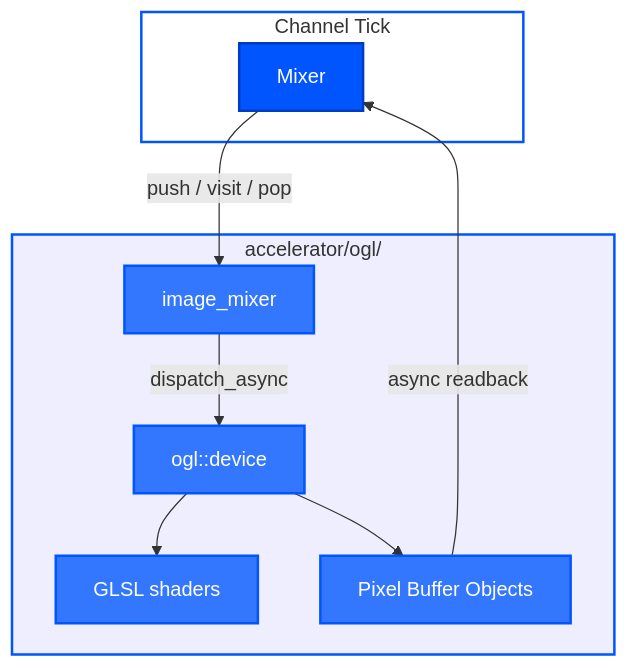
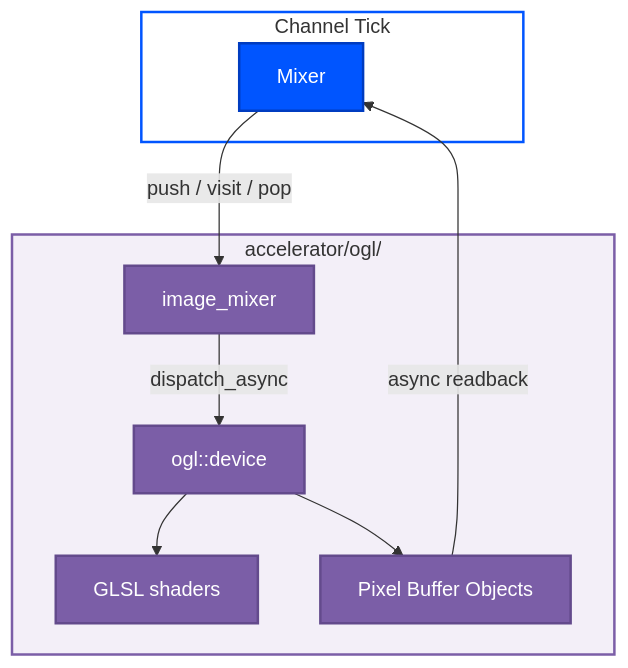
The sixth of 10 diagrams in docs/architecture.md (den-frie-vilje/casparCG), drawn with Mermaid before and after one commit. The commit also changed other lines of this file, not shown here.

Commit message:
docs: use violet for GPU/accelerator nodes

````diff
--- a/docs/architecture.md
+++ b/docs/architecture.md
@@ -367,27 +367,27 @@
 ```mermaid
 flowchart TB
     classDef coreNode fill:#0055FF,color:#FFF,stroke:#003CC0,stroke-width:2px
-    classDef gpuNode fill:#3377FF,color:#FFF,stroke:#0055FF,stroke-width:2px
+    classDef gpuNode fill:#7B5EA7,color:#FFF,stroke:#634A8C,stroke-width:2px
     classDef sgCore stroke:#0055FF,fill:#FFF,stroke-width:2px
-    classDef sgGpu stroke:#0055FF,fill:#EEF,stroke-width:2px
+    classDef sgGpu stroke:#7B5EA7,fill:#F3EFF8,stroke-width:2px
 
     subgraph Channel["Channel Tick"]
         MIX[Mixer]:::coreNode
     end
 
     subgraph Accelerator["accelerator/ogl/"]
         IM[image_mixer]:::gpuNode
         DEV[ogl::device]:::gpuNode
         SHADER[GLSL shaders]:::gpuNode
         PBO[Pixel Buffer Objects]:::gpuNode
     end
 
     MIX -->|"push / visit / pop"| IM
     IM -->|dispatch_async| DEV
     DEV --> SHADER
     DEV --> PBO
     PBO -->|async readback| MIX
 
     class Channel sgCore
     class Accelerator sgGpu
 ```
````
